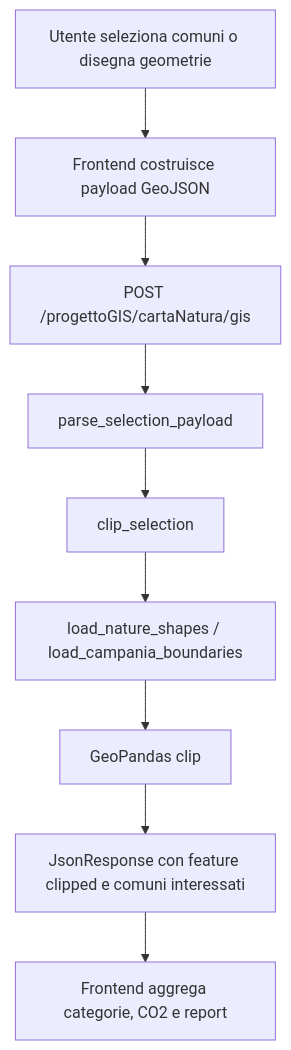
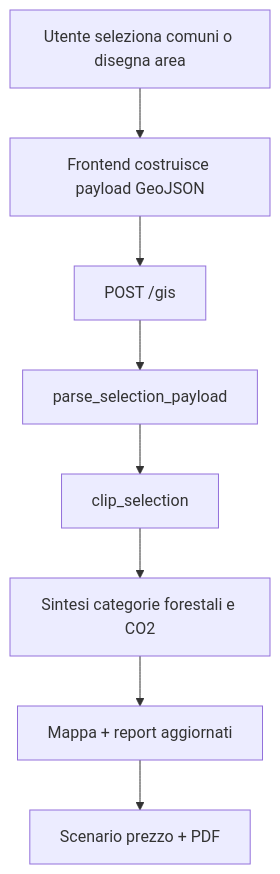
The first of 2 diagrams in docs/architecture.md (matthew-2000/CartaNatura), drawn with Mermaid before and after one commit. The commit also changed other lines of this file and 25 other files, not shown here.

````diff
--- a/docs/architecture.md
+++ b/docs/architecture.md
@@ -90,11 +97,10 @@
 ```mermaid
 flowchart TD
-  A["Utente seleziona comuni o disegna geometrie"] --> B["Frontend costruisce payload GeoJSON"]
-  B --> C["POST /progettoGIS/cartaNatura/gis"]
+  A["Utente seleziona comuni o disegna area"] --> B["Frontend costruisce payload GeoJSON"]
+  B --> C["POST /gis"]
   C --> D["parse_selection_payload"]
   D --> E["clip_selection"]
-  E --> F["load_nature_shapes / load_campania_boundaries"]
-  F --> G["GeoPandas clip"]
-  G --> H["JsonResponse con feature clipped e comuni interessati"]
-  H --> I["Frontend aggrega categorie, CO2 e report"]
+  E --> F["Sintesi categorie forestali e CO2"]
+  F --> G["Mappa + report aggiornati"]
+  G --> H["Scenario prezzo + PDF"]
 ```
````
